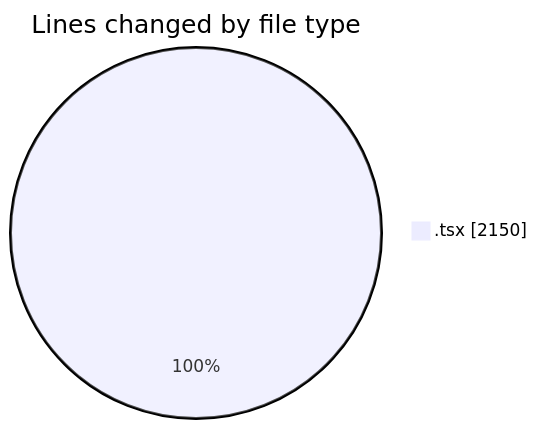
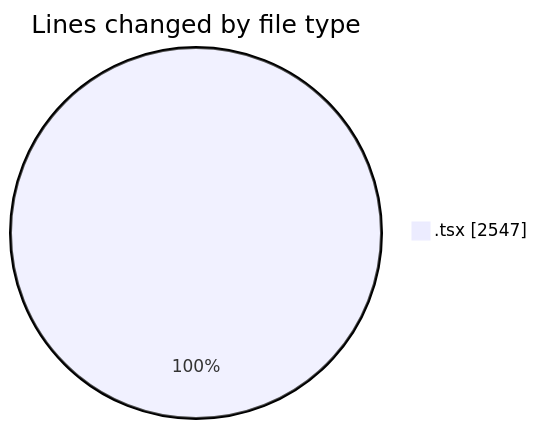
One commit to nxtqubesakshisongat/code-tracking changed the first of 2 diagrams in 2026-04-09/airfeed-analytics-dashboard/README.md. Above: the diagram before and after it, drawn with Mermaid. The commit also changed other lines of this file and 1 other file, not shown here.

````diff
--- a/2026-04-09/airfeed-analytics-dashboard/README.md
+++ b/2026-04-09/airfeed-analytics-dashboard/README.md
@@ -26,5 +27,5 @@
 ```mermaid
 pie showData
 title Lines changed by file type
-".tsx" : 2150
+".tsx" : 2547
 ```
````
